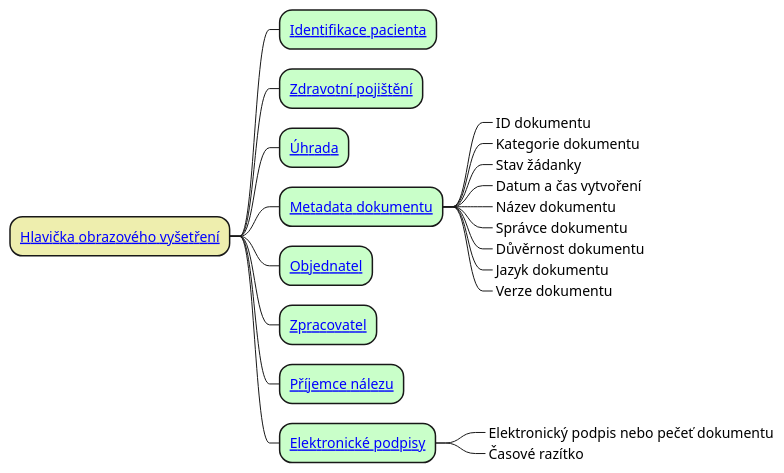
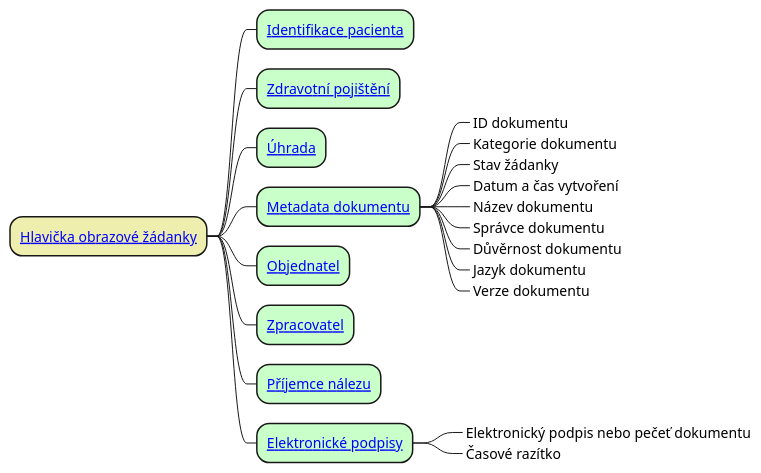
Before and after one commit to HL7-cz/img-order: the diagram in input/images-source/imgOrderHead_CIM-CZ.plantuml, drawn with PlantUML.

Commit message:
Correction of text head plantuml

```diff
--- a/input/images-source/imgOrderHead_CIM-CZ.plantuml
+++ b/input/images-source/imgOrderHead_CIM-CZ.plantuml
@@ -1,64 +1,64 @@
 @startmindmap
 skinparam topurl StructureDefinition-
 
-*[#EEEEAE] [[HeaderImagingOrder.html Hlavička obrazového vyšetření]]
+*[#EEEEAE] [[HeaderImagingOrder.html Hlavička obrazové žádanky]]
 **[#TECHNOLOGY] [[SubjectCz.html Identifikace pacienta]]
 /'    Shell we keep or not?
 ** Preferred Health Professional
 '/
 **[#TECHNOLOGY] [[PayerCz.html Zdravotní pojištění]]
 /' ***_ Health insurance code
 ***_ Health insurance name
 ***_ Health insurance number '/
 **[#TECHNOLOGY] [[CoverageOrderCz.html Úhrada]]
 /'
 ** Attestation
 ***_ Attester
 ***_ DateTime
 ** Legal authentication
 ***_ Legal authenticator
 ***_ DateTime
 '/
 **[#TECHNOLOGY] [[DocumentMetadataCz.html Metadata dokumentu]]
 ***_ ID dokumentu
 ***_ Kategorie dokumentu
 ***_ Stav žádanky
 ***_ Datum a čas vytvoření
 ***_ Název dokumentu
 ***_ Správce dokumentu
 ***_ Důvěrnost dokumentu
 ***_ Jazyk dokumentu
 ***_ Verze dokumentu
 **[#TECHNOLOGY] [[AuthorCz.html Objednatel]]
 **[#TECHNOLOGY] [[RequestedPerformerCz.html Zpracovatel]]
 **[#TECHNOLOGY] [[AdditionalRecipientCz.html Příjemce nálezu]]
 **[#TECHNOLOGY] [[digitalSignatureCz.html Elektronické podpisy]]
 ***_ Elektronický podpis nebo pečeť dokumentu
 ***_ Časové razítko
 /' ** Intended recipient
 ** Authorship
 ***_ Author
 ***_ DateTime
 ** Attestation
 ***_ Attester
 ***_ DateTime
 ** Legal authentication
 ***_ Legal authenticator
 ***_ DateTime
 ** Document metadata
 ***_ Document ID
 ***_ Document type
 ***_ Document status
 ***_ Period
 ***_ Report date and time
 ***_ Document title
 ***_ Event type
 ***_ Specialty
 ***_ Report custodian
 ***_ Document format
 ***_ Confidentiality
 ***_ Language
 ***_ Version
 ***_ Study Instance UID
 ***_ Accession number '/
 @endmindmap
```
